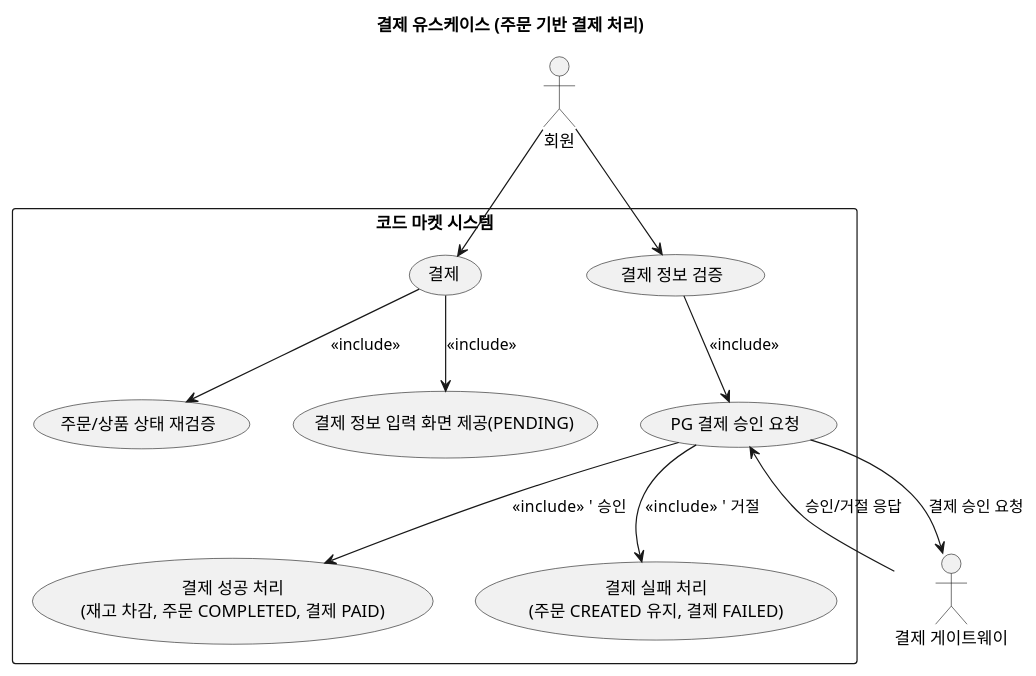
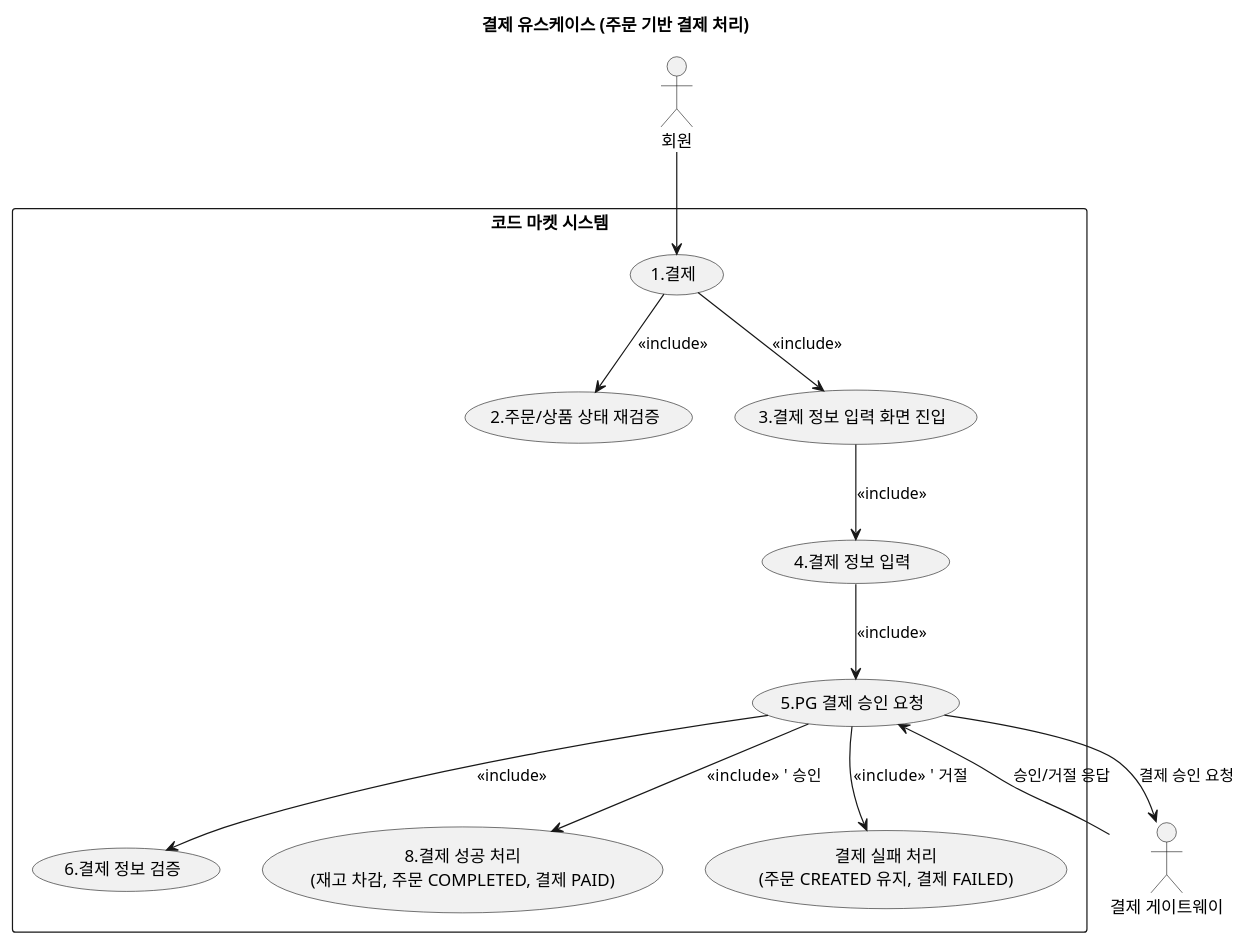
Before and after one commit to f-lab-edu/code-market: the diagram in docs/usecase/usecase_payment.puml, drawn with PlantUML. The commit also changed 9 other files, not shown here.

Commit message:
docs(usecase): 사용자 시나리오 기능별 번호와 유스케이스 다이어그램 번호 매핑

```diff
--- a/docs/usecase/usecase_payment.puml
+++ b/docs/usecase/usecase_payment.puml
@@ -1,36 +1,38 @@
 @startuml
 title 결제 유스케이스 (주문 기반 결제 처리)
 
 actor "회원" as Member
 actor "결제 게이트웨이" as PG
 
 rectangle "코드 마켓 시스템" {
-
-  usecase "결제" as UC_Pay
-
-  usecase "주문/상품 상태 재검증" as UC_VerifyBeforePay
-  usecase "결제 정보 입력 화면 제공(PENDING)" as UC_ShowPaymentForm
-  usecase "결제 정보 검증" as UC_ValidatePaymentInput
-  usecase "PG 결제 승인 요청" as UC_RequestPgApproval
-  usecase "결제 성공 처리\n(재고 차감, 주문 COMPLETED, 결제 PAID)" as UC_HandlePaymentSuccess
+'사용자 시나리오 (user_scenario.md 파일)의 기능별 시나리오 번호와 해당 다이어그램의 번호는 매핑되어 있습니다
+  usecase "1.결제" as UC_Pay
+  usecase "2.주문/상품 상태 재검증" as UC_VerifyBeforePay
+  usecase "3.결제 정보 입력 화면 진입" as UC_ShowPaymentForm
+  usecase "4.결제 정보 입력" as UC_SubmitPaymentForm
+  usecase "5.PG 결제 승인 요청" as UC_RequestPgApproval
+  usecase "6.결제 정보 검증" as UC_ValidatePaymentInput
+  usecase "8.결제 성공 처리\n(재고 차감, 주문 COMPLETED, 결제 PAID)" as UC_HandlePaymentSuccess
   usecase "결제 실패 처리\n(주문 CREATED 유지, 결제 FAILED)" as UC_HandlePaymentFailure
 }
 
 ' 상위 흐름
 Member --> UC_Pay
 
 ' 결제 시작 전 검증 및 폼 제공
 UC_Pay --> UC_VerifyBeforePay : <<include>>
 UC_Pay --> UC_ShowPaymentForm : <<include>>
 
+
 ' 회원이 폼에서 결제 정보 입력 후 승인 요청
-Member --> UC_ValidatePaymentInput
-UC_ValidatePaymentInput --> UC_RequestPgApproval : <<include>>
+UC_ShowPaymentForm --> UC_SubmitPaymentForm : <<include>>
+UC_RequestPgApproval --> UC_ValidatePaymentInput : <<include>>
+UC_SubmitPaymentForm --> UC_RequestPgApproval : <<include>>
 
 UC_RequestPgApproval --> PG : 결제 승인 요청
 PG --> UC_RequestPgApproval : 승인/거절 응답
 
 UC_RequestPgApproval --> UC_HandlePaymentSuccess : <<include>>  ' 승인
 UC_RequestPgApproval --> UC_HandlePaymentFailure : <<include>>  ' 거절
 
 @enduml
```
